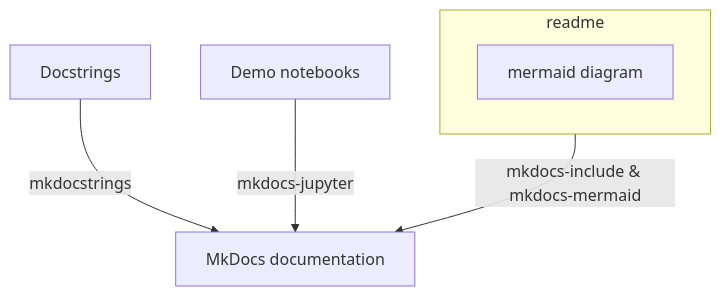
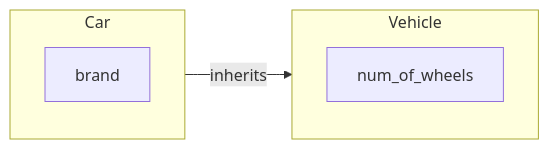
One commit to leowu4ever/MkDocs-template-data-science changed the diagram in docs/index.md. Above: the diagram before and after it, drawn with Mermaid. The commit also changed other lines of this file and 2 other files, not shown here.

Commit message:
- Updated index.md so it is only for the classes - Updated readme.md to explain how to use the template.

````diff
--- a/docs/index.md
+++ b/docs/index.md
@@ -13,14 +9,11 @@
 ```mermaid
 %%{init: {'theme':'default'}}%%
-flowchart
-subgraph readme
-mermaid[mermaid diagram]
+flowchart LR
+subgraph Vehicle
+num1[num_of_wheels]
 end
-docstring[Docstrings]
-demo[Demo notebooks]
-doc[MkDocs documentation]
-
-readme --mkdocs-include & mkdocs-mermaid--> doc
-docstring --mkdocstrings--> doc
-demo --mkdocs-jupyter--> doc
+subgraph Car
+brand[brand]
+end
+Car --inherits--> Vehicle
 ```
````
